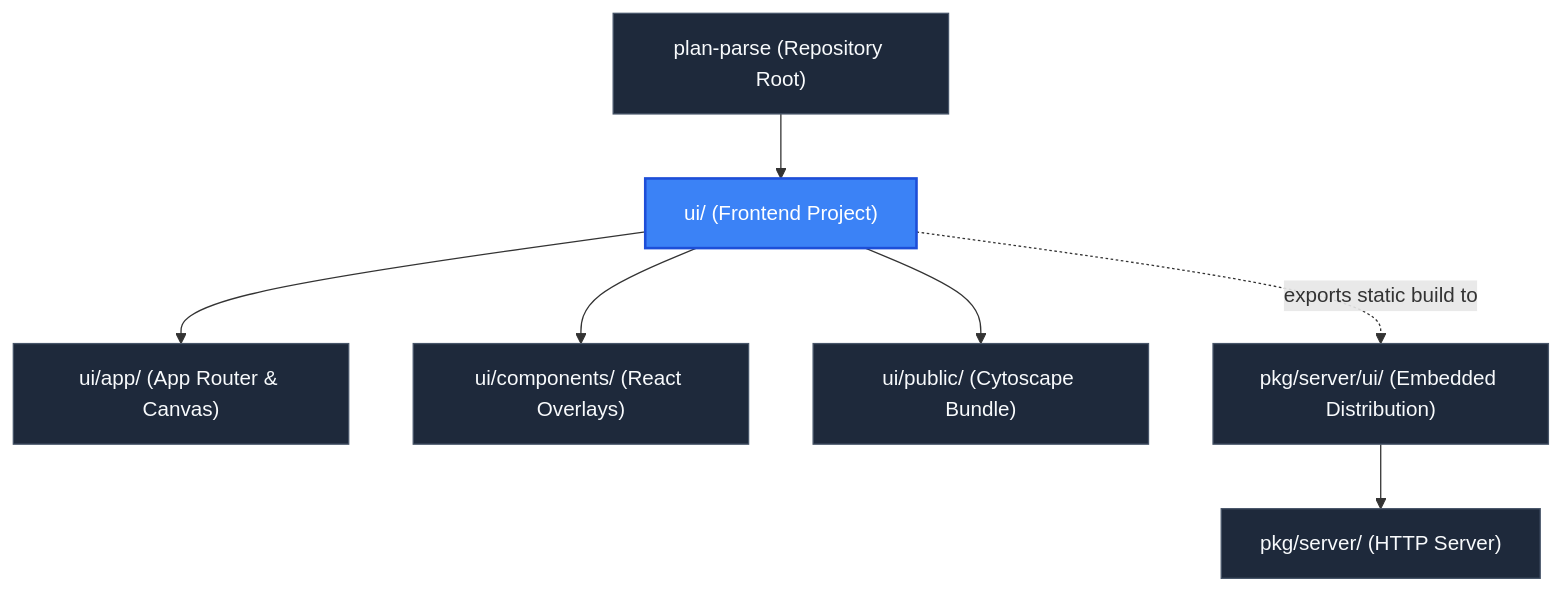
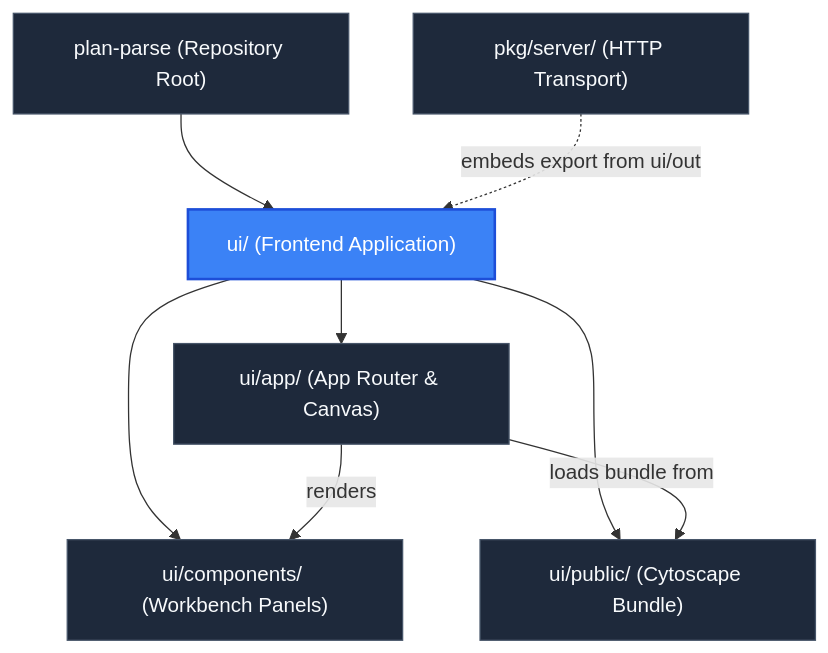
The second of 2 diagrams in ui/README.md (AatirNadim/plan-parse), drawn with Mermaid before and after one commit. The commit also changed other lines of this file and 6 other files, not shown here.

First line of the commit message:
refactor: Revamp UI documentation and component architecture for Developer Workbench

````diff
--- a/ui/README.md
+++ b/ui/README.md
@@ -106,21 +139,20 @@
 ```mermaid
 flowchart TD
     ROOT["plan-parse (Repository Root)"]:::node
-    UI["ui/ (Frontend Project)"]:::current
-    UI_APP["ui/app/ (App Router & Canvas)"]:::node
-    UI_COMPONENTS["ui/components/ (React Overlays)"]:::node
-    UI_PUBLIC["ui/public/ (Cytoscape Bundle)"]:::node
-    SERVER["pkg/server/ (HTTP Server)"]:::node
-    SERVER_UI["pkg/server/ui/ (Embedded Distribution)"]:::node
+    UI["ui/ (Frontend Application)"]:::current
+    APP["ui/app/ (App Router & Canvas)"]:::node
+    COMPONENTS["ui/components/ (Workbench Panels)"]:::node
+    PUBLIC["ui/public/ (Cytoscape Bundle)"]:::node
+    SERVER["pkg/server/ (HTTP Transport)"]:::node
 
     ROOT --> UI
-    UI --> UI_APP
-    UI --> UI_COMPONENTS
-    UI --> UI_PUBLIC
-
-    UI -.->|exports static build to| SERVER_UI
-    SERVER_UI --> SERVER
+    UI --> APP
+    UI --> COMPONENTS
+    UI --> PUBLIC
+    APP -->|renders| COMPONENTS
+    APP -->|loads bundle from| PUBLIC
+    SERVER -.->|embeds export from ui/out| UI
 
     classDef current fill:#3b82f6,stroke:#1d4ed8,stroke-width:2px,color:#ffffff;
     classDef node fill:#1e293b,stroke:#475569,stroke-width:1px,color:#f8fafc;
 ```
````
